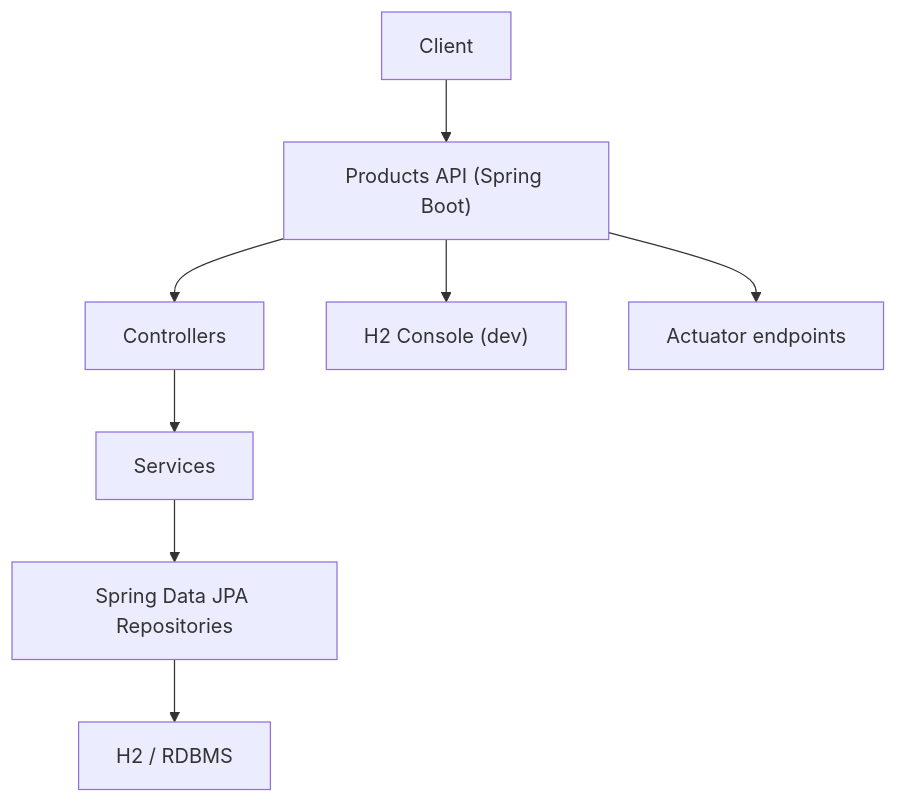
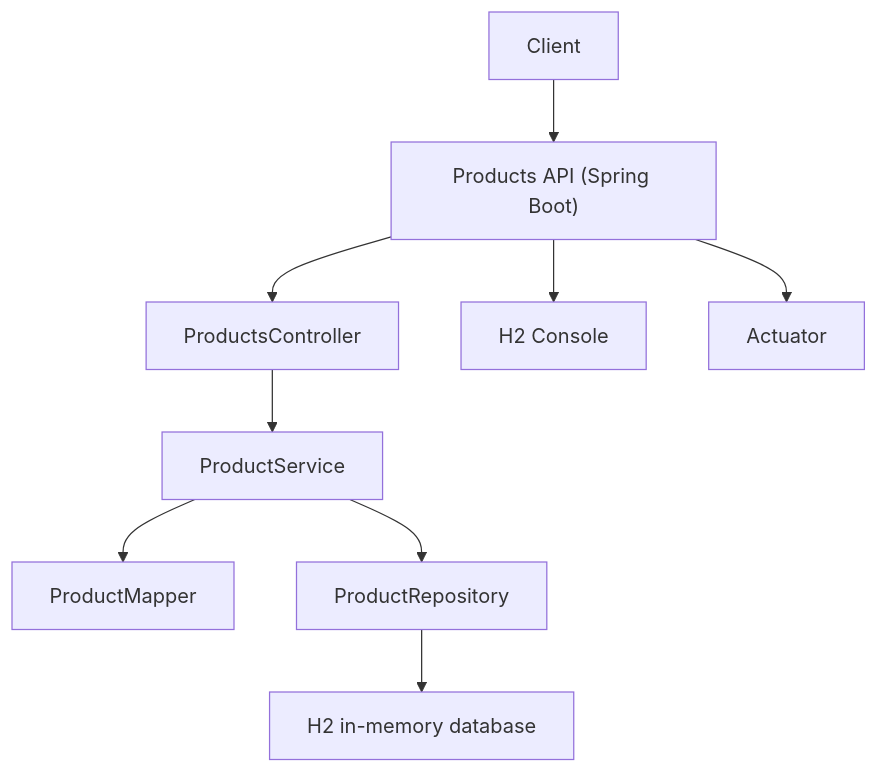
Before and after one commit to YersusZ/Aprendiendo-springboot: the diagram in product_management/MICROSERVICE_DOCUMENTATION.md, drawn with Mermaid. The commit also changed other lines of this file and 11 other files, not shown here.

Commit message:
Update product microservice docs and API mapping

````diff
--- a/product_management/MICROSERVICE_DOCUMENTATION.md
+++ b/product_management/MICROSERVICE_DOCUMENTATION.md
@@ -43,10 +117,11 @@
 ```mermaid
 graph TD
   Client-->API["Products API (Spring Boot)"]
-  API-->Controller["Controllers"]
-  Controller-->Service["Services"]
-  Service-->Repository["Spring Data JPA Repositories"]
-  Repository-->Database["H2 / RDBMS"]
-  API-->H2Console["H2 Console (dev)"]
-  API-->Actuator["Actuator endpoints"]
+  API-->Controller["ProductsController"]
+  Controller-->Service["ProductService"]
+  Service-->Mapper["ProductMapper"]
+  Service-->Repository["ProductRepository"]
+  Repository-->Database["H2 in-memory database"]
+  API-->H2Console["H2 Console"]
+  API-->Actuator["Actuator"]
 ```
````
